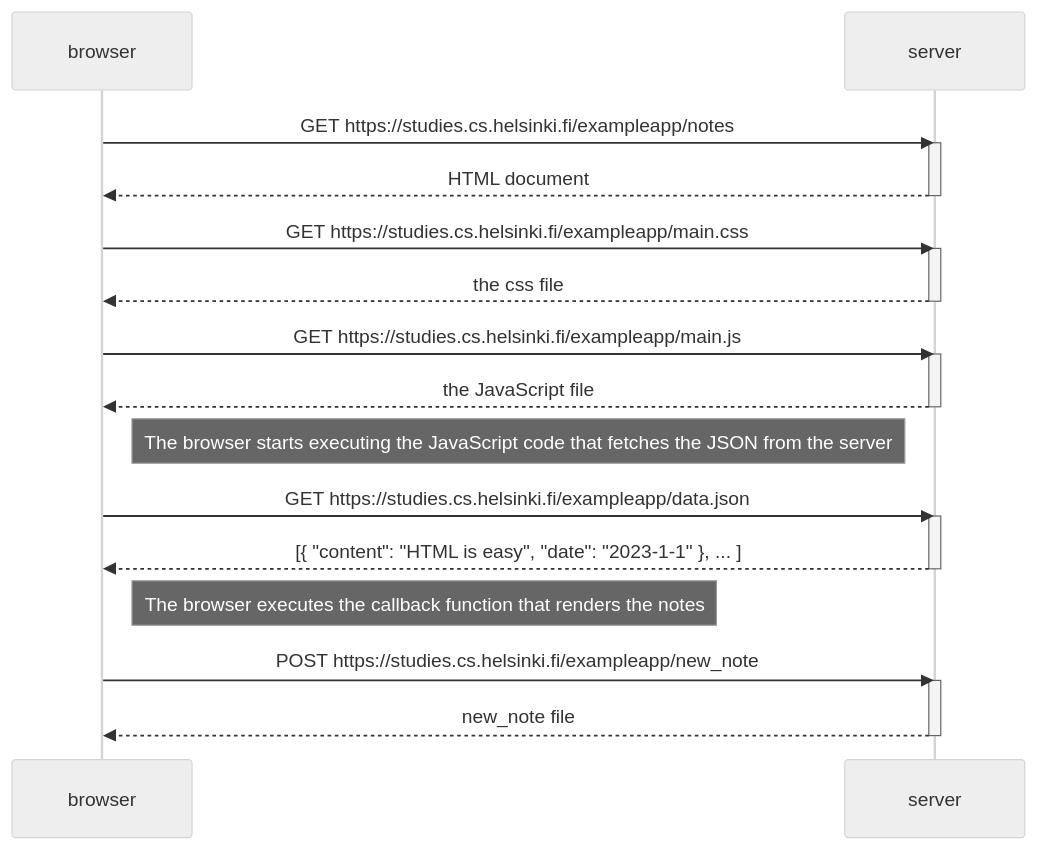
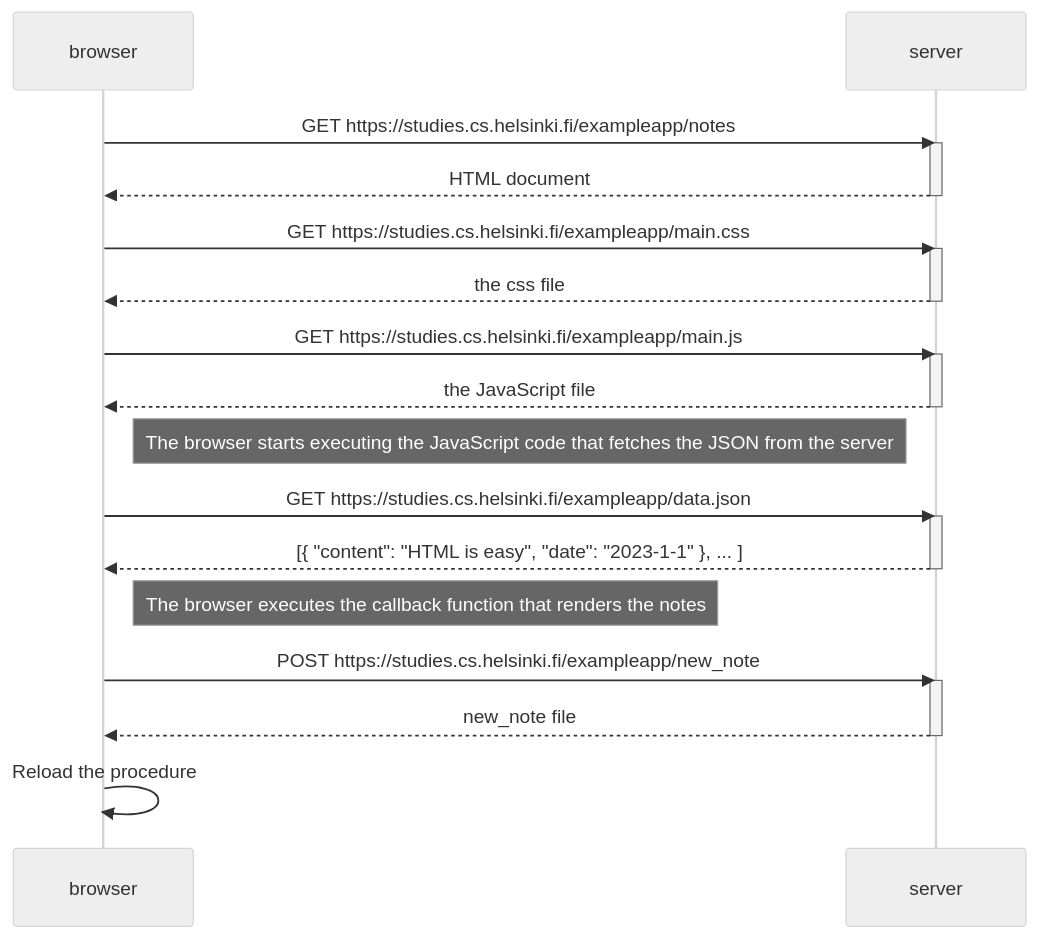
Before and after one commit to L0b3lt0/Exercises-part-0.4-0.6: the diagram in E_04.mermaid, drawn with Mermaid (neutral theme). The commit also changed other lines of this file, not shown here.

Commit message:
Update E_04.mermaid
Reload procedure

```diff
--- a/E_04.mermaid
+++ b/E_04.mermaid
@@ -1,33 +1,35 @@
 
 sequenceDiagram
     participant browser
     participant server
 
     browser->>server: GET https://studies.cs.helsinki.fi/exampleapp/notes
     activate server
     server-->>browser: HTML document
     deactivate server
 
     browser->>server: GET https://studies.cs.helsinki.fi/exampleapp/main.css
     activate server
     server-->>browser: the css file
     deactivate server
 
     browser->>server: GET https://studies.cs.helsinki.fi/exampleapp/main.js
     activate server
     server-->>browser: the JavaScript file
     deactivate server
 
     Note right of browser: The browser starts executing the JavaScript code that fetches the JSON from the server
 
     browser->>server: GET https://studies.cs.helsinki.fi/exampleapp/data.json
     activate server
     server-->>browser: [{ "content": "HTML is easy", "date": "2023-1-1" }, ... ]
     deactivate server
 
     Note right of browser: The browser executes the callback function that renders the notes
     
     browser->>server: POST https://studies.cs.helsinki.fi/exampleapp/new_note
     activate server
     server-->>browser: new_note file
     deactivate server
+
+    browser->>browser: Reload the procedure
```
